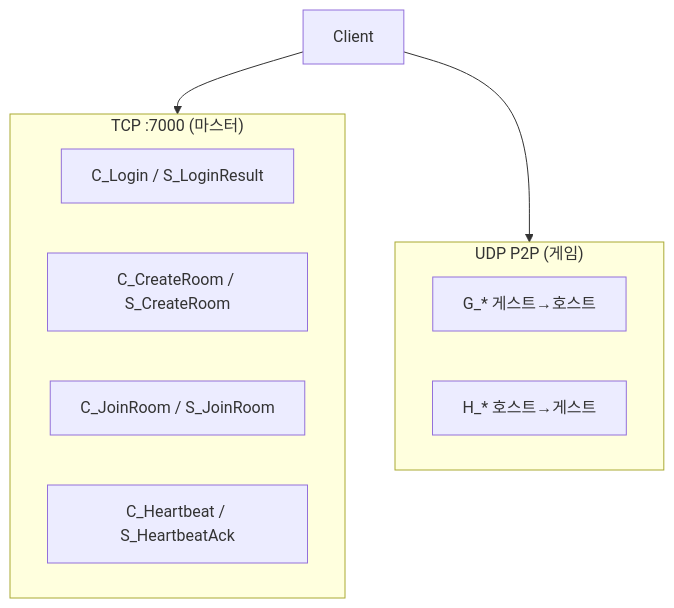
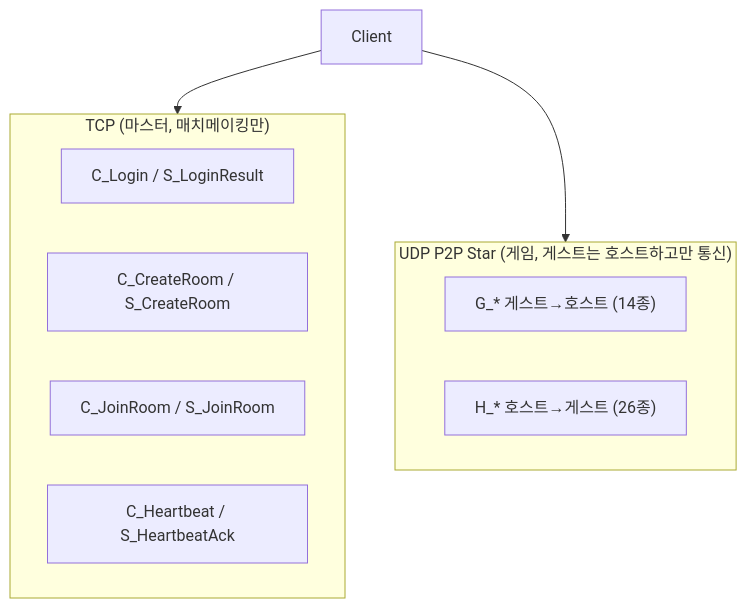
One commit to ksjgusdh123/PocoPoachers changed the diagram in Docs/development/network-packets.md. Above: the diagram before and after it, drawn with Mermaid. The commit also changed other lines of this file and 18 other files, not shown here.

````diff
--- a/Docs/development/network-packets.md
+++ b/Docs/development/network-packets.md
@@ -12,17 +12,17 @@
 ```mermaid
 flowchart TB
-    subgraph TCP["TCP :7000 (마스터)"]
+    subgraph TCP["TCP (마스터, 매치메이킹만)"]
         Login[C_Login / S_LoginResult]
         Room[C_CreateRoom / S_CreateRoom]
         Join[C_JoinRoom / S_JoinRoom]
         HB[C_Heartbeat / S_HeartbeatAck]
     end
 
-    subgraph UDP["UDP P2P (게임)"]
-        G[G_* 게스트→호스트]
-        H[H_* 호스트→게스트]
+    subgraph UDP["UDP P2P Star (게임, 게스트는 호스트하고만 통신)"]
+        G["G_* 게스트→호스트 (14종)"]
+        H["H_* 호스트→게스트 (26종)"]
     end
 
     Client --> TCP
     Client --> UDP
 ```
````
